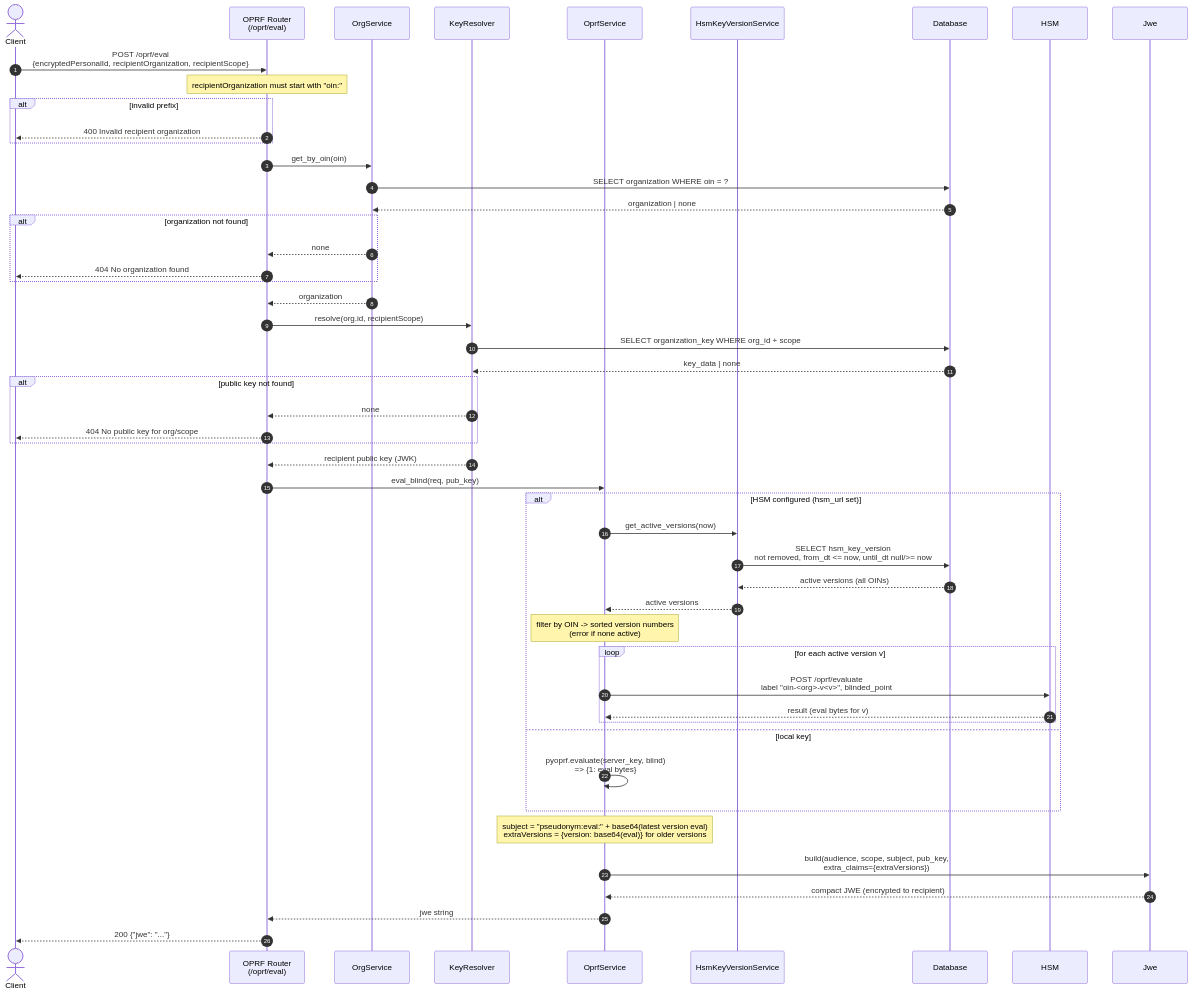
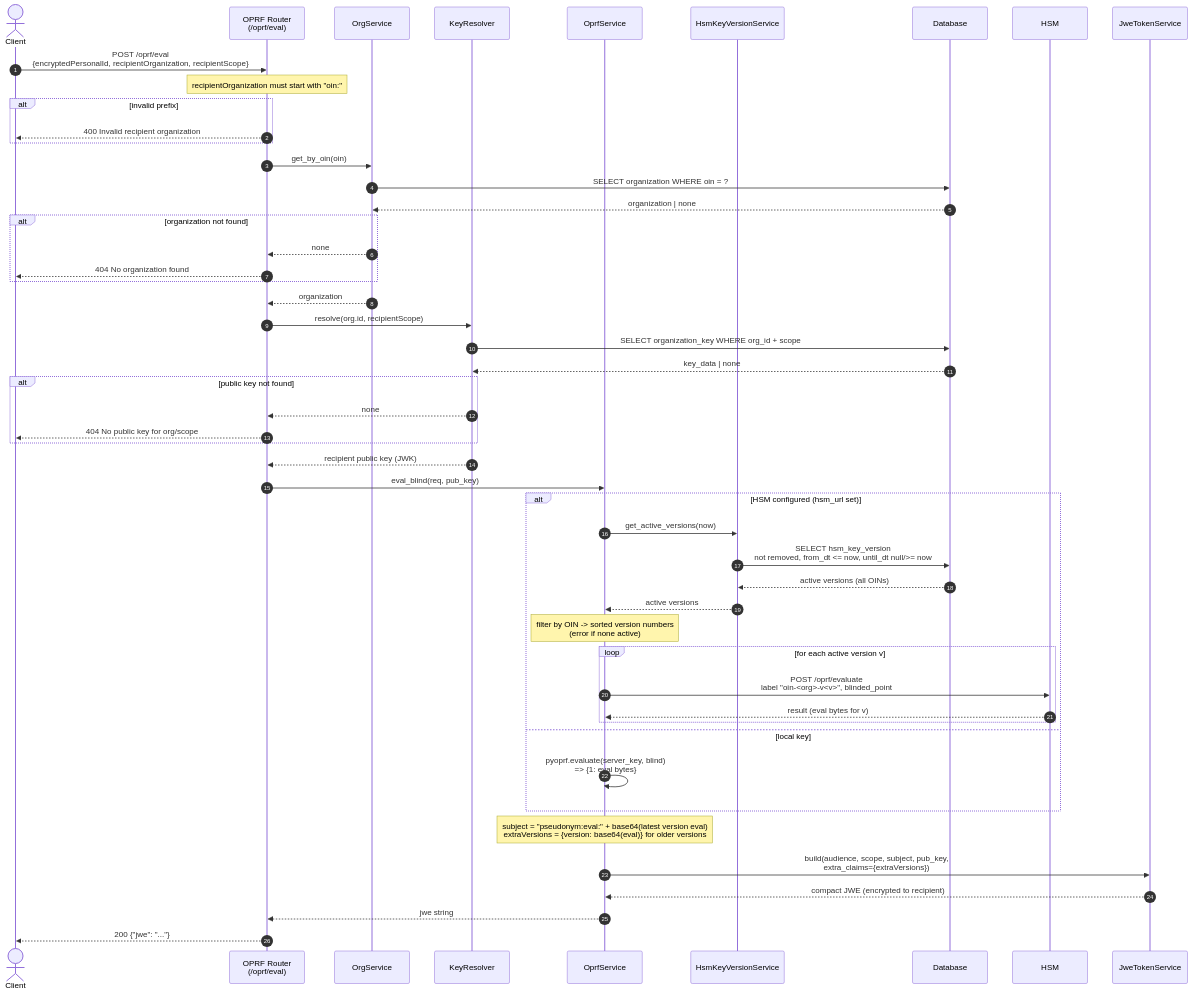
The diagram in docs/oprf-eval-flow.md (minvws/gfmodules-pseudoniemendienst), drawn with Mermaid before and after one commit. The commit also changed 7 other files, not shown here.

Commit message:
Rename Jwe to JweTokenService

````diff
--- a/docs/oprf-eval-flow.md
+++ b/docs/oprf-eval-flow.md
@@ -14,61 +14,61 @@
 ```mermaid
 sequenceDiagram
     autonumber
     actor Client
     participant Router as OPRF Router<br/>(/oprf/eval)
     participant Org as OrgService
     participant Keys as KeyResolver
     participant OPRF as OprfService
     participant Ver as HsmKeyVersionService
     participant DB as Database
     participant HSM as HSM
-    participant JWE as Jwe
+    participant JWE as JweTokenService
 
     Client->>Router: POST /oprf/eval<br/>{encryptedPersonalId, recipientOrganization, recipientScope}
 
     Note over Router: recipientOrganization must start with "oin:"
     alt invalid prefix
         Router-->>Client: 400 Invalid recipient organization
     end
 
     Router->>Org: get_by_oin(oin)
     Org->>DB: SELECT organization WHERE oin = ?
     DB-->>Org: organization | none
     alt organization not found
         Org-->>Router: none
         Router-->>Client: 404 No organization found
     end
     Org-->>Router: organization
 
     Router->>Keys: resolve(org.id, recipientScope)
     Keys->>DB: SELECT organization_key WHERE org_id + scope
     DB-->>Keys: key_data | none
     alt public key not found
         Keys-->>Router: none
         Router-->>Client: 404 No public key for org/scope
     end
     Keys-->>Router: recipient public key (JWK)
 
     Router->>OPRF: eval_blind(req, pub_key)
 
     alt HSM configured (hsm_url set)
         OPRF->>Ver: get_active_versions(now)
         Ver->>DB: SELECT hsm_key_version<br/>not removed, from_dt <= now, until_dt null/>= now
         DB-->>Ver: active versions (all OINs)
         Ver-->>OPRF: active versions
         Note over OPRF: filter by OIN -> sorted version numbers<br/>(error if none active)
         loop for each active version v
             OPRF->>HSM: POST /oprf/evaluate<br/>label "oin-<org>-v<v>", blinded_point
             HSM-->>OPRF: result (eval bytes for v)
         end
     else local key
         OPRF->>OPRF: pyoprf.evaluate(server_key, blind)<br/>=> {1: eval bytes}
     end
 
     Note over OPRF: subject = "pseudonym:eval:" + base64(latest version eval)<br/>extraVersions = {version: base64(eval)} for older versions
     OPRF->>JWE: build(audience, scope, subject, pub_key,<br/>extra_claims={extraVersions})
     JWE-->>OPRF: compact JWE (encrypted to recipient)
     OPRF-->>Router: jwe string
 
     Router-->>Client: 200 {"jwe": "..."}
 ```
````
